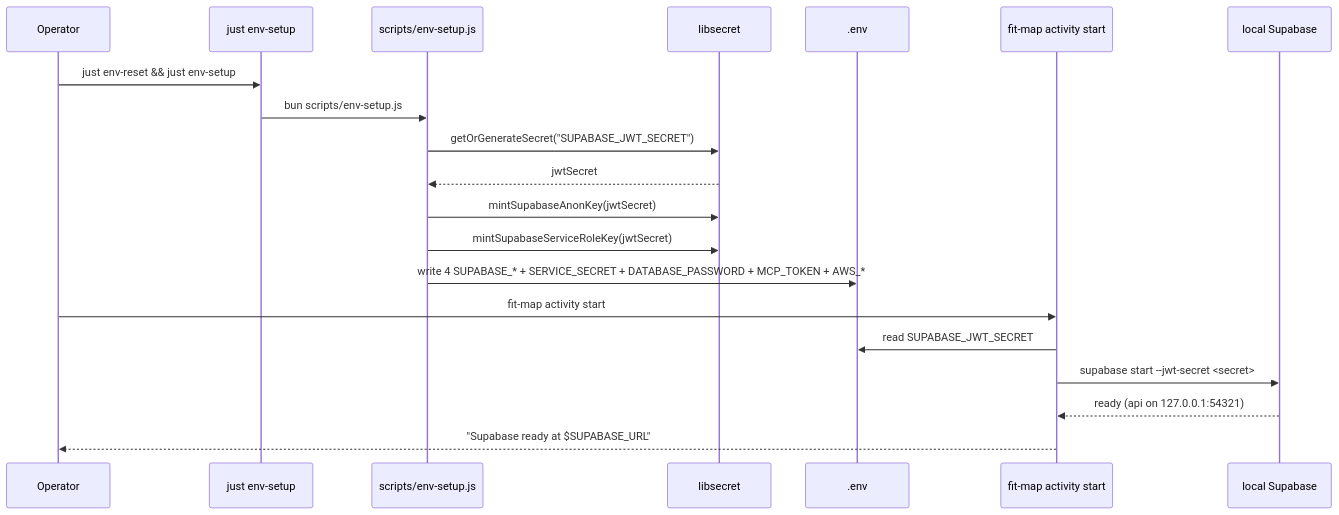
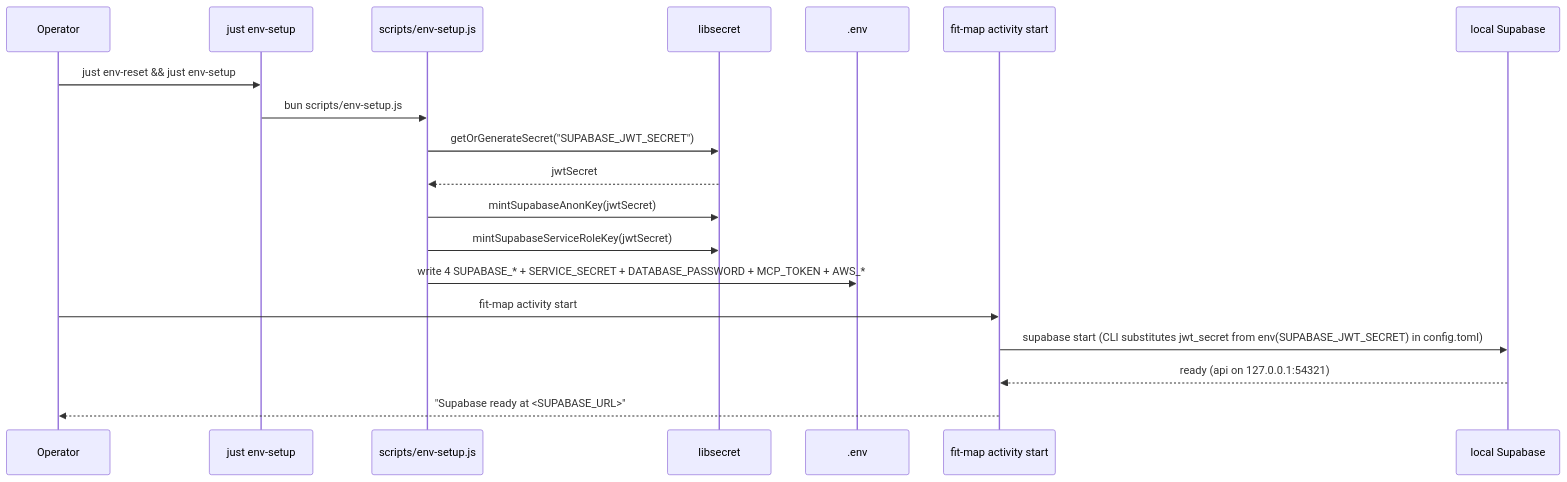
The second of 2 diagrams in specs/960-supabase-secrets-streamline/design-a.md (forwardimpact/pathway), drawn with Mermaid before and after one commit. The commit also changed other lines of this file and 1 other file, not shown here.

````diff
--- a/specs/960-supabase-secrets-streamline/design-a.md
+++ b/specs/960-supabase-secrets-streamline/design-a.md
@@ -46,22 +48,21 @@
 ```mermaid
 sequenceDiagram
   participant OP as Operator
   participant JUST as just env-setup
   participant SCRIPT as scripts/env-setup.js
   participant LS as libsecret
   participant ENV as .env
   participant ACT as fit-map activity start
   participant SB as local Supabase
   OP->>JUST: just env-reset && just env-setup
   JUST->>SCRIPT: bun scripts/env-setup.js
   SCRIPT->>LS: getOrGenerateSecret("SUPABASE_JWT_SECRET")
   LS-->>SCRIPT: jwtSecret
   SCRIPT->>LS: mintSupabaseAnonKey(jwtSecret)
   SCRIPT->>LS: mintSupabaseServiceRoleKey(jwtSecret)
   SCRIPT->>ENV: write 4 SUPABASE_* + SERVICE_SECRET + DATABASE_PASSWORD + MCP_TOKEN + AWS_*
   OP->>ACT: fit-map activity start
-  ACT->>ENV: read SUPABASE_JWT_SECRET
-  ACT->>SB: supabase start --jwt-secret <secret>
+  ACT->>SB: supabase start (CLI substitutes jwt_secret from env(SUPABASE_JWT_SECRET) in config.toml)
   SB-->>ACT: ready (api on 127.0.0.1:54321)
-  ACT-->>OP: "Supabase ready at $SUPABASE_URL"
+  ACT-->>OP: "Supabase ready at <SUPABASE_URL>"
 ```
````
